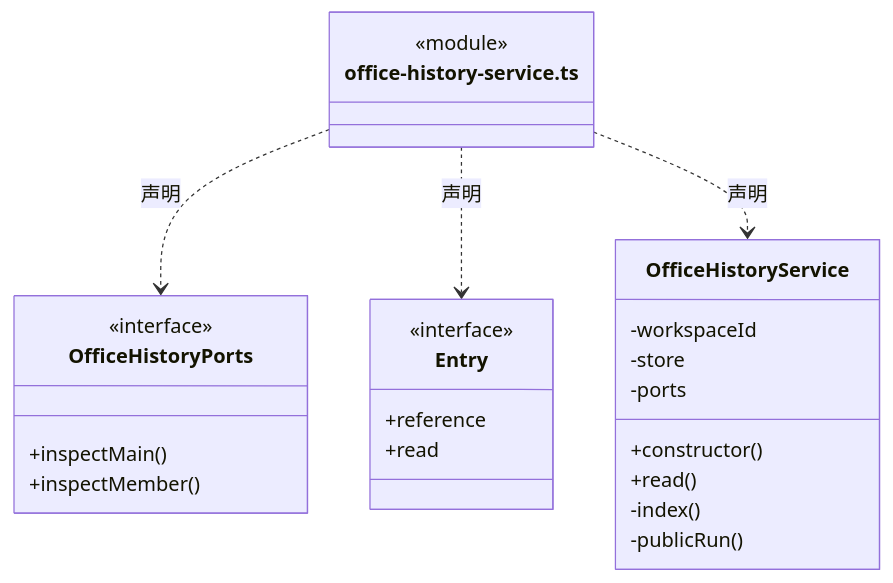
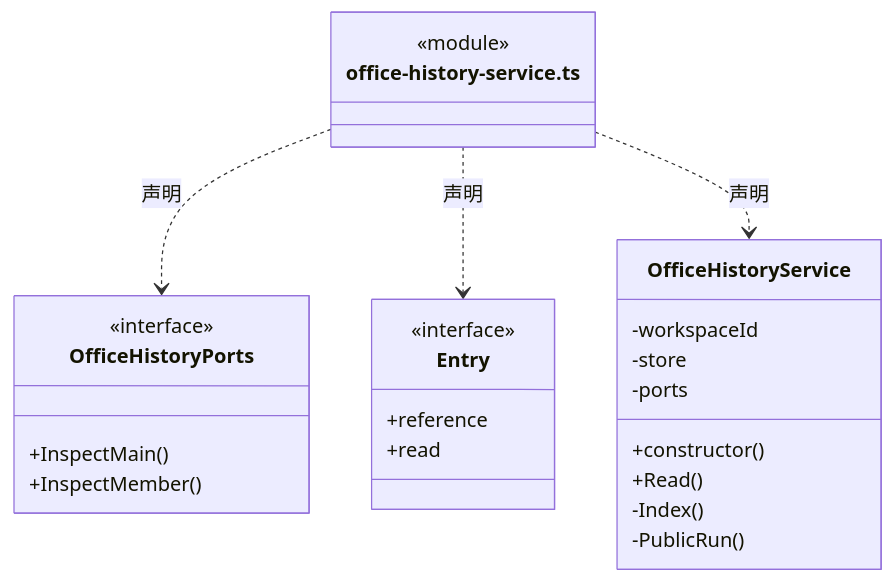
The third of 25 diagrams in src/logic/tasks/runtime/ARCHITECTURE.md (nan023062/cbim), drawn with Mermaid before and after one commit. The commit also changed other lines of this file and 1035 other files, not shown here.

````diff
--- a/src/logic/tasks/runtime/ARCHITECTURE.md
+++ b/src/logic/tasks/runtime/ARCHITECTURE.md
@@ -67,28 +67,28 @@
 ```mermaid
 classDiagram
 class N_src_logic_tasks_runtime_office_history_service_ts["office-history-service.ts"] {
   <<module>>
 }
 class N_src_logic_tasks_runtime_office_history_service_ts_OfficeHistoryPorts["OfficeHistoryPorts"] {
   <<interface>>
-  +inspectMain()
-  +inspectMember()
+  +InspectMain()
+  +InspectMember()
 }
 N_src_logic_tasks_runtime_office_history_service_ts ..> N_src_logic_tasks_runtime_office_history_service_ts_OfficeHistoryPorts : 声明
 class N_src_logic_tasks_runtime_office_history_service_ts_Entry["Entry"] {
   <<interface>>
   +reference
   +read
 }
 N_src_logic_tasks_runtime_office_history_service_ts ..> N_src_logic_tasks_runtime_office_history_service_ts_Entry : 声明
 class N_src_logic_tasks_runtime_office_history_service_ts_OfficeHistoryService["OfficeHistoryService"] {
   +constructor()
-  +read()
+  +Read()
   -workspaceId
   -store
   -ports
-  -index()
-  -publicRun()
+  -Index()
+  -PublicRun()
 }
 N_src_logic_tasks_runtime_office_history_service_ts ..> N_src_logic_tasks_runtime_office_history_service_ts_OfficeHistoryService : 声明
 ```
````
